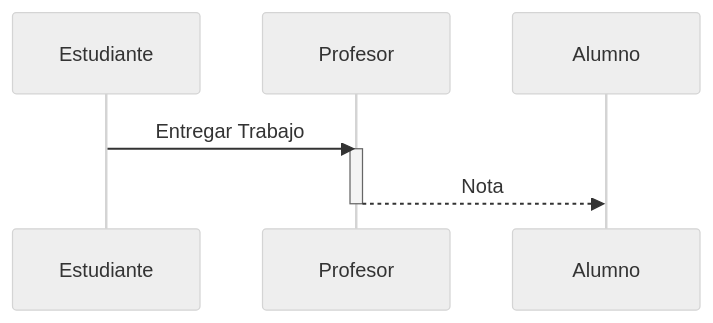
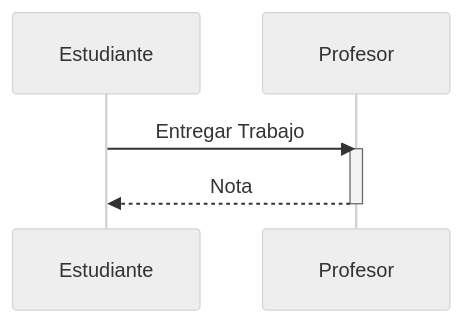
Before and after one commit to gerardfp/uml: the ninth of 9 diagrams in README.md, drawn with Mermaid (neutral theme).

````diff
--- a/README.md
+++ b/README.md
@@ -167,7 +167,7 @@
 ```mermaid
 sequenceDiagram 
   Estudiante ->> Profesor: Entregar Trabajo
   activate Profesor
-  Profesor -->> Alumno: Nota
+  Profesor -->> Estudiante: Nota
   deactivate Profesor
 ```
````
